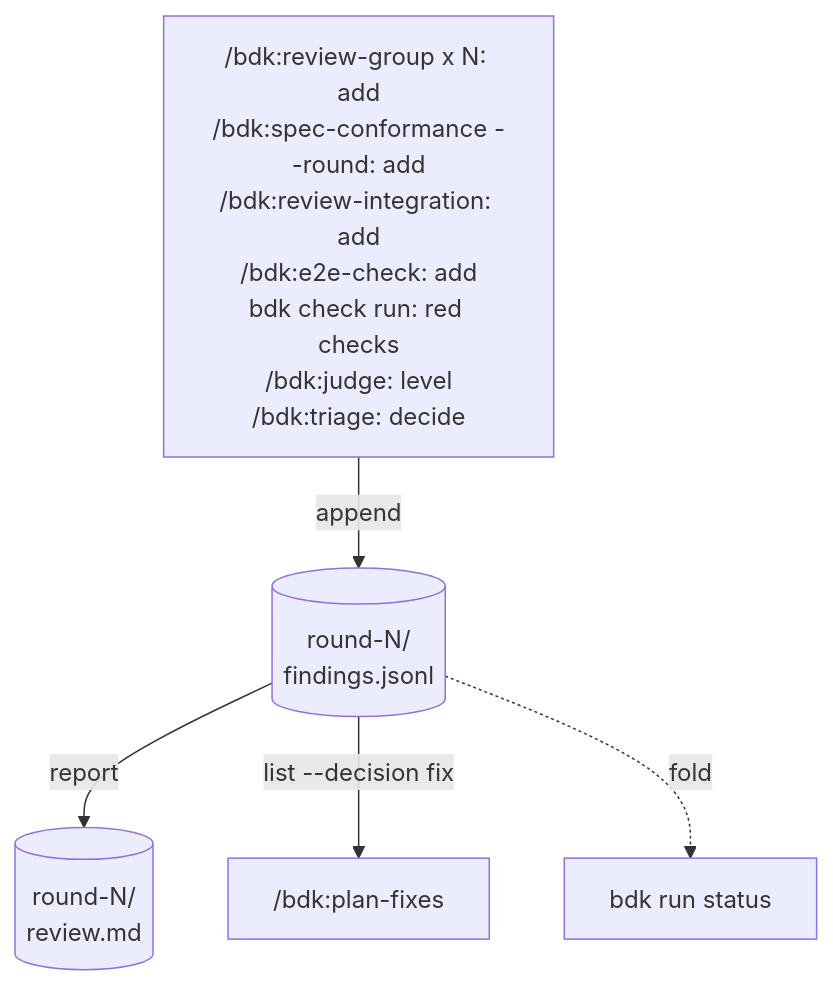
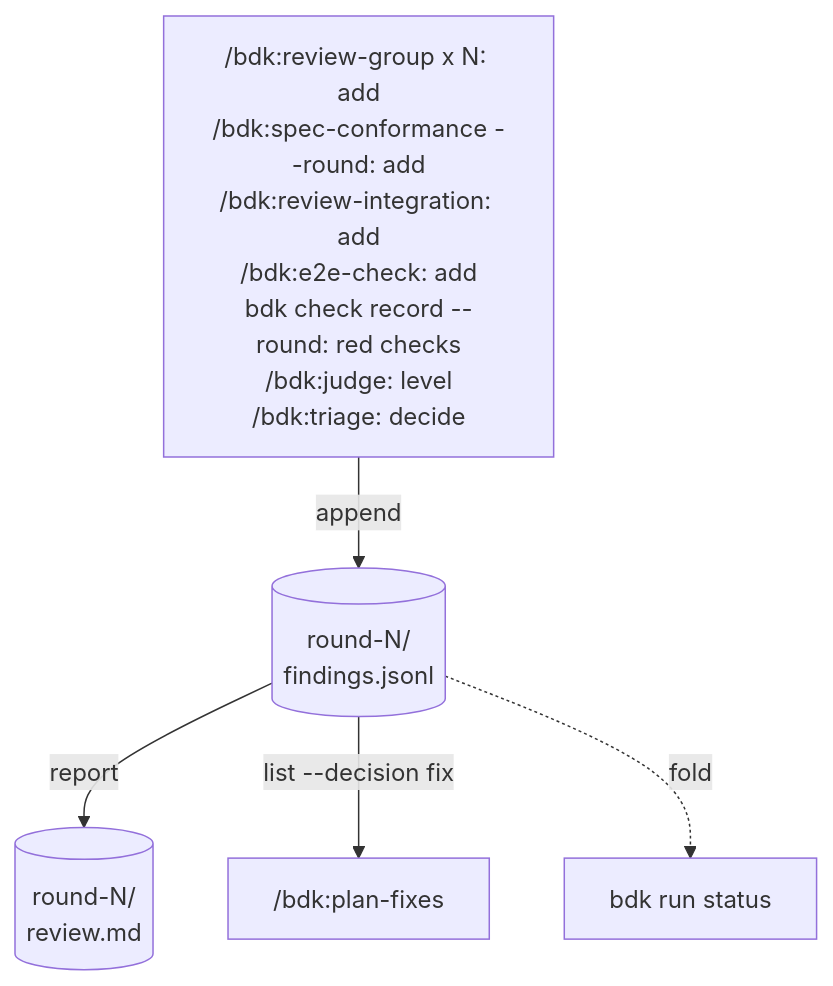
One commit to broneq/bdk changed the third of 5 diagrams in docs/concepts/run-state.md. Above: the diagram before and after it, drawn with Mermaid. The commit also changed other lines of this file and 67 other files, not shown here.

First line of the commit message:
feat(check)!: plan the checks and let the agent run the real command

````diff
--- a/docs/concepts/run-state.md
+++ b/docs/concepts/run-state.md
@@ -155,8 +155,8 @@
 ```mermaid
 flowchart TB
-  W["/bdk:review-group x N: add<br/>/bdk:spec-conformance --round: add<br/>/bdk:review-integration: add<br/>/bdk:e2e-check: add<br/>bdk check run: red checks<br/>/bdk:judge: level<br/>/bdk:triage: decide"]
+  W["/bdk:review-group x N: add<br/>/bdk:spec-conformance --round: add<br/>/bdk:review-integration: add<br/>/bdk:e2e-check: add<br/>bdk check record --round: red checks<br/>/bdk:judge: level<br/>/bdk:triage: decide"]
   W -->|"append"| F[("round-N/<br/>findings.jsonl")]
   F -->|"report"| REP[("round-N/<br/>review.md")]
   F -->|"list --decision fix"| PF["/bdk:plan-fixes"]
   F -.->|"fold"| ST["bdk run status"]
 ```
````
